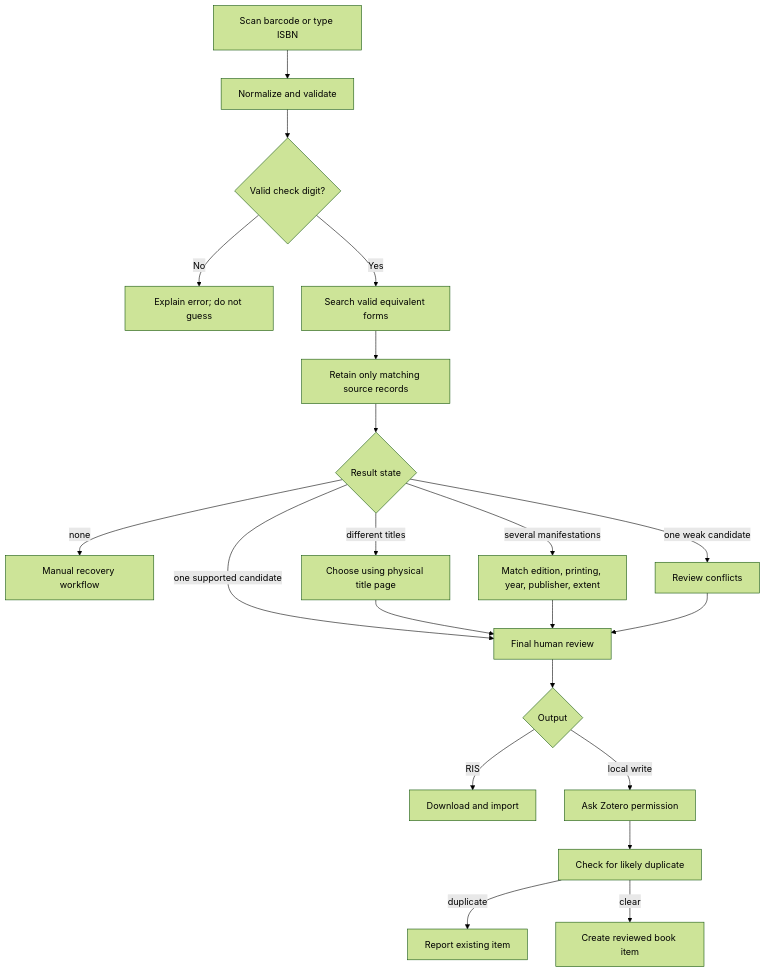
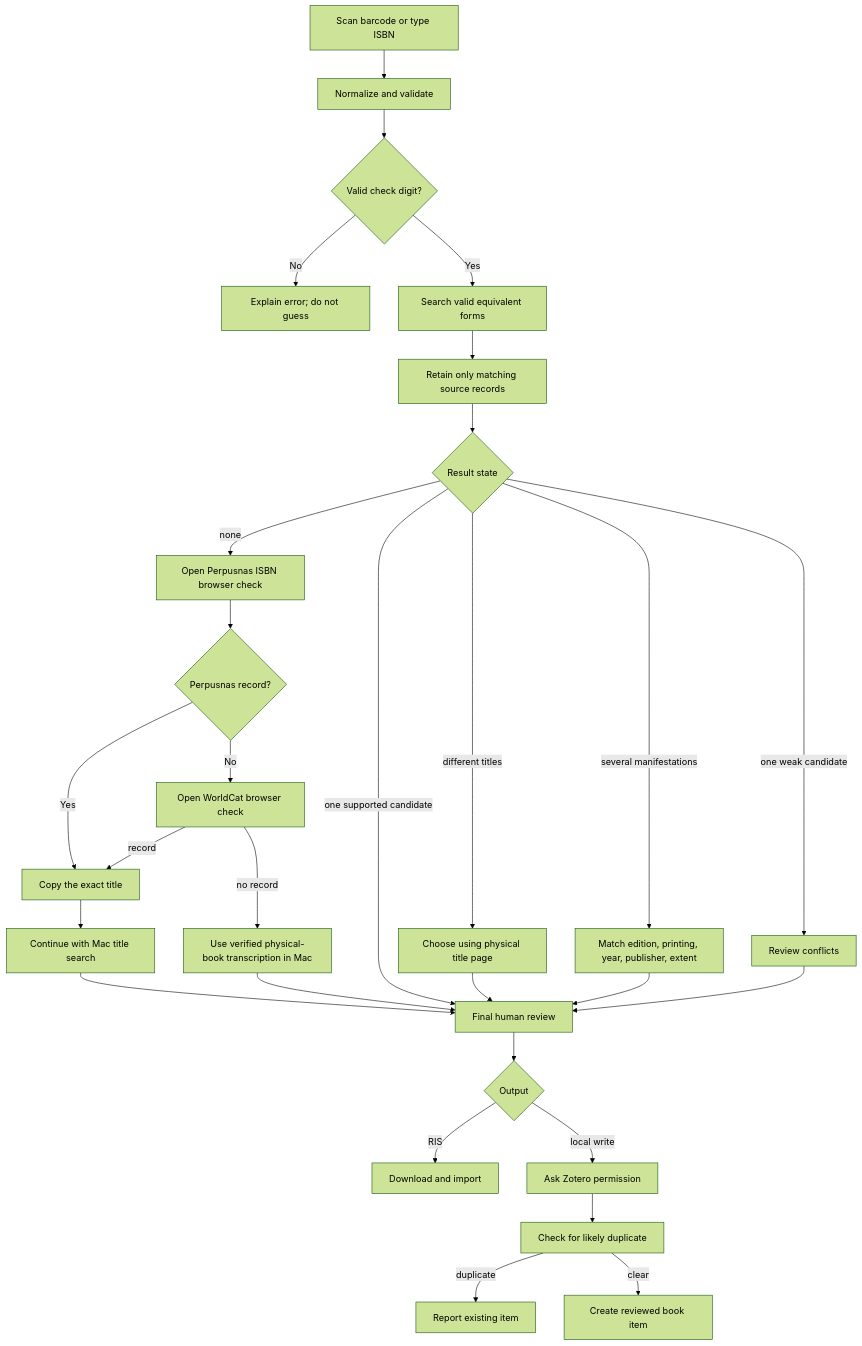
The second of 3 diagrams in docs/WORKFLOWS.md (torotambun/isbn-to-zotero-public), drawn with Mermaid (forest theme) before and after one commit. The commit also changed other lines of this file and 57 other files, not shown here.

Commit message:
Add Perpusnas fallback and Indonesian ISBN regression cases

````diff
--- a/docs/WORKFLOWS.md
+++ b/docs/WORKFLOWS.md
@@ -20,23 +20,31 @@
 ```mermaid
 flowchart TD
     A[Scan barcode or type ISBN] --> B[Normalize and validate]
     B --> C{Valid check digit?}
     C -->|No| D[Explain error; do not guess]
     C -->|Yes| E[Search valid equivalent forms]
     E --> F[Retain only matching source records]
     F --> G{Result state}
-    G -->|none| H[Manual recovery workflow]
+    G -->|none| H[Open Perpusnas ISBN browser check]
+    H --> I0{Perpusnas record?}
+    I0 -->|Yes| I1[Copy the exact title]
+    I0 -->|No| I2[Open WorldCat browser check]
+    I2 -->|record| I1
+    I2 -->|no record| I4[Use verified physical-book transcription in Mac]
+    I1 --> I3[Continue with Mac title search]
+    I3 --> L
+    I4 --> L
     G -->|different titles| I[Choose using physical title page]
     G -->|several manifestations| J[Match edition, printing, year, publisher, extent]
     G -->|one weak candidate| K[Review conflicts]
     G -->|one supported candidate| L[Final human review]
     I --> L
     J --> L
     K --> L
     L --> M{Output}
     M -->|RIS| N[Download and import]
     M -->|local write| O[Ask Zotero permission]
     O --> P[Check for likely duplicate]
     P -->|duplicate| Q[Report existing item]
     P -->|clear| R[Create reviewed book item]
 ```
````
